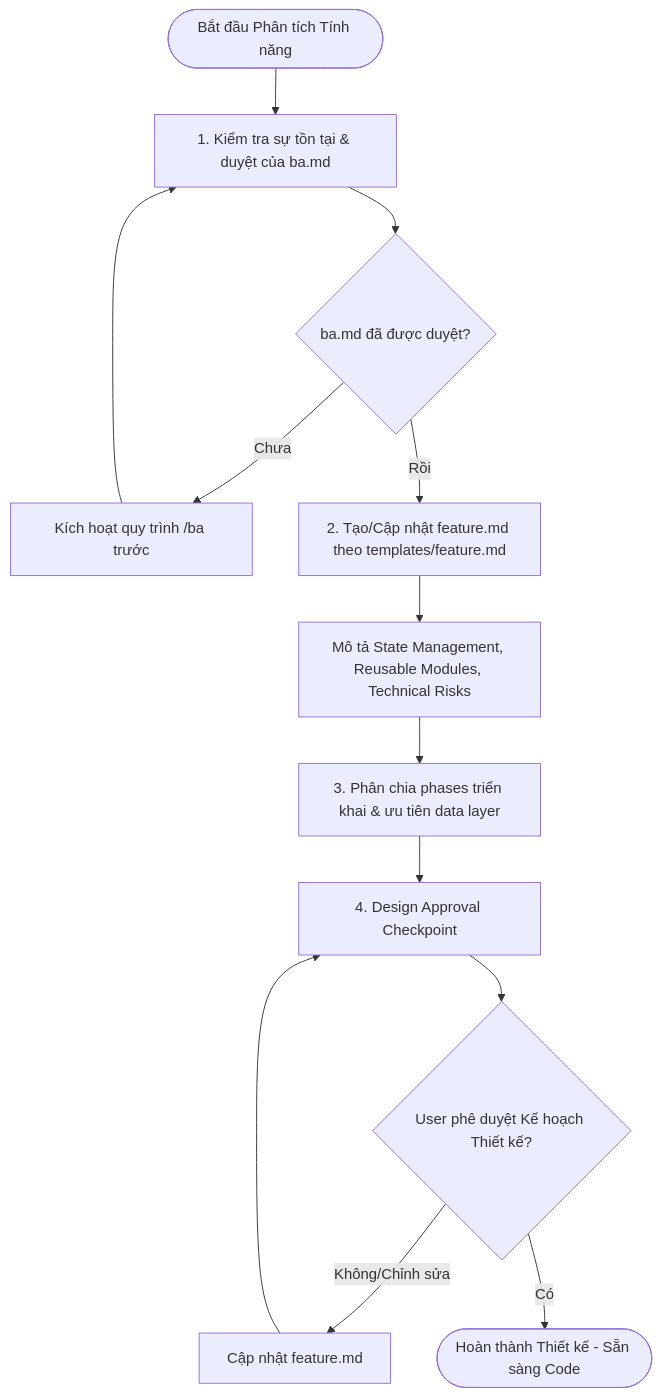
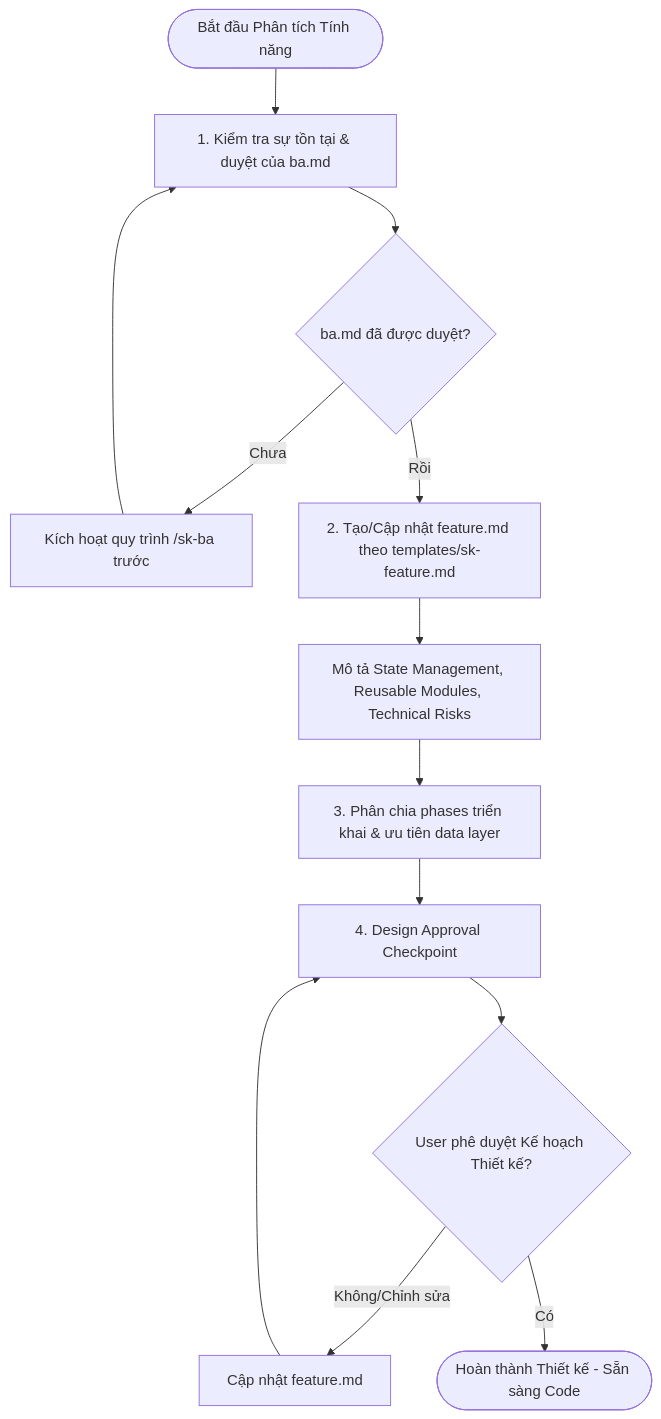
Before and after one commit to sunkid1995/sk-specs: the diagram in workflows/feature-analysis.md, drawn with Mermaid. The commit also changed other lines of this file and 24 other files, not shown here.

````diff
--- a/workflows/feature-analysis.md
+++ b/workflows/feature-analysis.md
@@ -9,13 +9,13 @@
 ```mermaid
 graph TD
     Start([Bắt đầu Phân tích Tính năng]) --> VerifyBA[1. Kiểm tra sự tồn tại & duyệt của ba.md]
     VerifyBA --> CheckBA{ba.md đã được duyệt?}
-    CheckBA -- Chưa --> RunBA[Kích hoạt quy trình /ba trước] --> VerifyBA
-    CheckBA -- Rồi --> CreateFeature[2. Tạo/Cập nhật feature.md theo templates/feature.md]
+    CheckBA -- Chưa --> RunBA[Kích hoạt quy trình /sk-ba trước] --> VerifyBA
+    CheckBA -- Rồi --> CreateFeature[2. Tạo/Cập nhật feature.md theo templates/sk-feature.md]
     CreateFeature --> DetailArch[Mô tả State Management, Reusable Modules, Technical Risks]
     DetailArch --> PhasePlan[3. Phân chia phases triển khai & ưu tiên data layer]
     PhasePlan --> Checkpoint[4. Design Approval Checkpoint]
     Checkpoint --> WaitUser{User phê duyệt Kế hoạch Thiết kế?}
     WaitUser -- Không/Chỉnh sửa --> UpdateFeature[Cập nhật feature.md] --> Checkpoint
     WaitUser -- Có --> End([Hoàn thành Thiết kế - Sẵn sàng Code])
 ```
````
